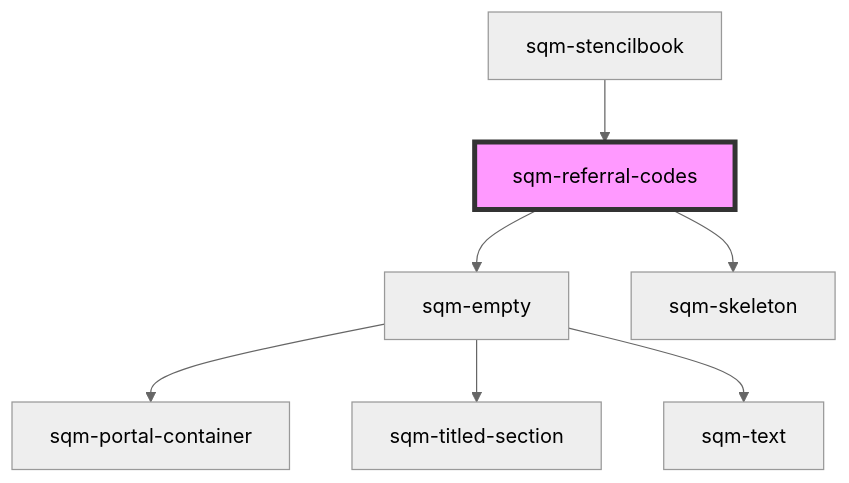
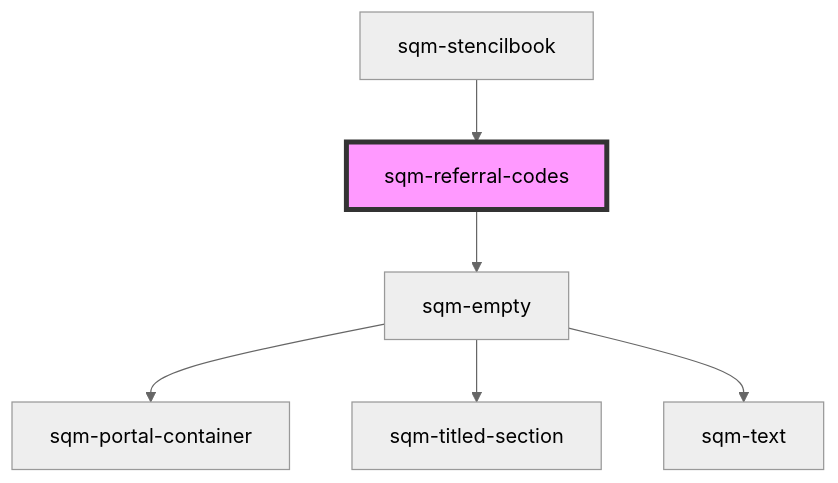
Before and after one commit to saasquatch/program-tools: the diagram in packages/mint-components/src/components/sqm-referral-codes/readme.md, drawn with Mermaid (neutral theme). The commit also changed other lines of this file and 2 other files, not shown here.

````diff
--- a/packages/mint-components/src/components/sqm-referral-codes/readme.md
+++ b/packages/mint-components/src/components/sqm-referral-codes/readme.md
@@ -33,10 +32,9 @@
 ```mermaid
 graph TD;
   sqm-referral-codes --> sqm-empty
-  sqm-referral-codes --> sqm-skeleton
   sqm-empty --> sqm-portal-container
   sqm-empty --> sqm-titled-section
   sqm-empty --> sqm-text
   sqm-stencilbook --> sqm-referral-codes
   style sqm-referral-codes fill:#f9f,stroke:#333,stroke-width:4px
 ```
````
